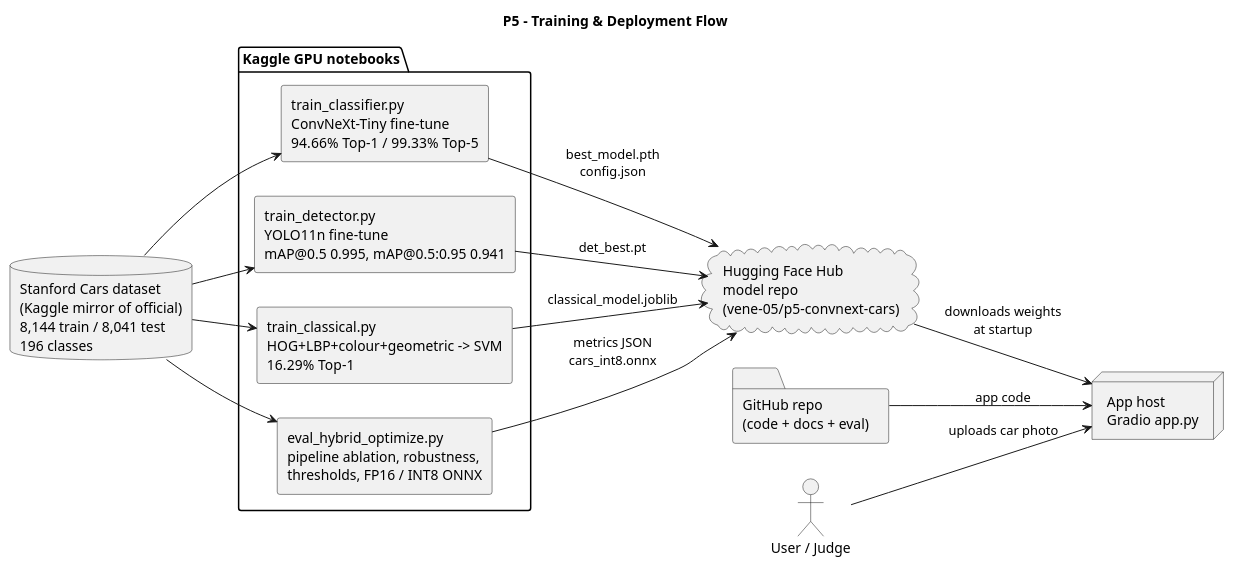
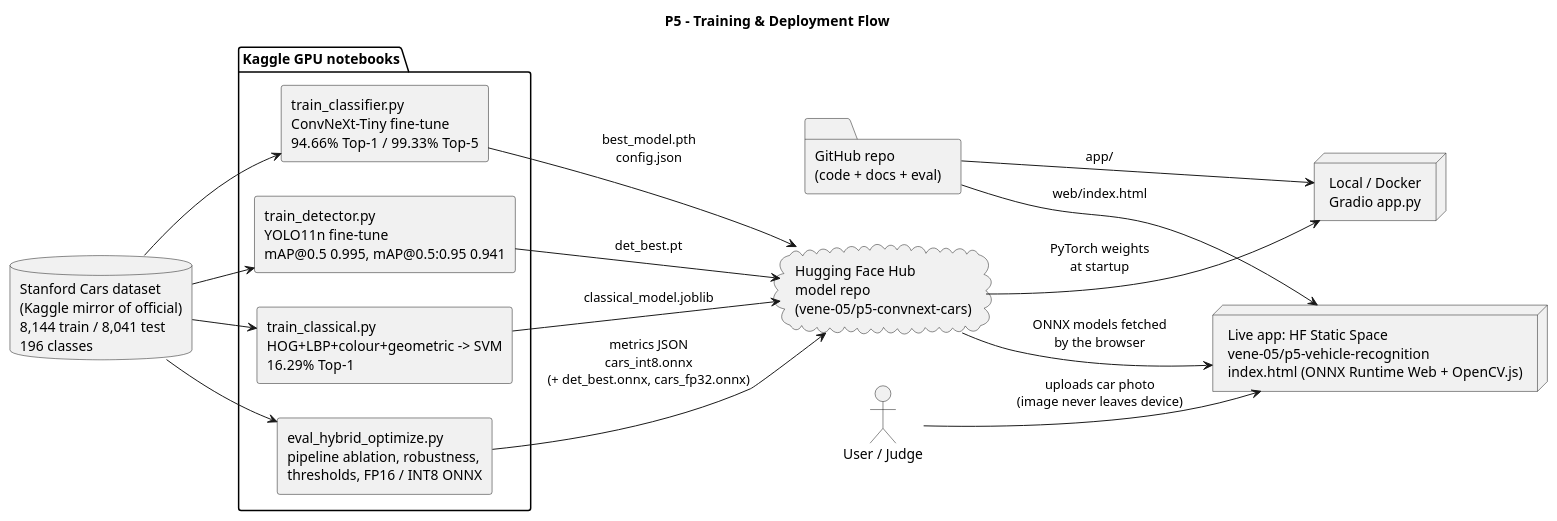
One commit to venessa3105-hash/cv-hackathon-p5 changed the diagram in docs/deployment.puml. Above: the diagram before and after it, drawn with PlantUML. The commit also changed 8 other files, not shown here.

Commit message:
Add README, design doc, web app, updated diagrams

```diff
--- a/docs/deployment.puml
+++ b/docs/deployment.puml
@@ -1,32 +1,35 @@
 @startuml
 title P5 - Training & Deployment Flow
 left to right direction
 skinparam componentStyle rectangle
 skinparam defaultFontName Arial
 
 database "Stanford Cars dataset\n(Kaggle mirror of official)\n8,144 train / 8,041 test\n196 classes" as DS
 
 package "Kaggle GPU notebooks" {
   [train_classifier.py\nConvNeXt-Tiny fine-tune\n94.66% Top-1 / 99.33% Top-5] as C
   [train_detector.py\nYOLO11n fine-tune\nmAP@0.5 0.995, mAP@0.5:0.95 0.941] as D
   [train_classical.py\nHOG+LBP+colour+geometric -> SVM\n16.29% Top-1] as K
   [eval_hybrid_optimize.py\npipeline ablation, robustness,\nthresholds, FP16 / INT8 ONNX] as E
 }
 
 cloud "Hugging Face Hub\nmodel repo\n(vene-05/p5-convnext-cars)" as HF
 folder "GitHub repo\n(code + docs + eval)" as GH
-node "App host\nGradio app.py" as APP
+node "Live app: HF Static Space\nvene-05/p5-vehicle-recognition\nindex.html (ONNX Runtime Web + OpenCV.js)" as APP
+node "Local / Docker\nGradio app.py" as LOCAL
 actor "User / Judge" as U
 
 DS --> C
 DS --> D
 DS --> K
 DS --> E
 C --> HF : best_model.pth\nconfig.json
 D --> HF : det_best.pt
 K --> HF : classical_model.joblib
-E --> HF : metrics JSON\ncars_int8.onnx
-HF --> APP : downloads weights\nat startup
-GH --> APP : app code
-U --> APP : uploads car photo
+E --> HF : metrics JSON\ncars_int8.onnx\n(+ det_best.onnx, cars_fp32.onnx)
+HF --> APP : ONNX models fetched\nby the browser
+HF --> LOCAL : PyTorch weights\nat startup
+GH --> APP : web/index.html
+GH --> LOCAL : app/
+U --> APP : uploads car photo\n(image never leaves device)
 @enduml
```
